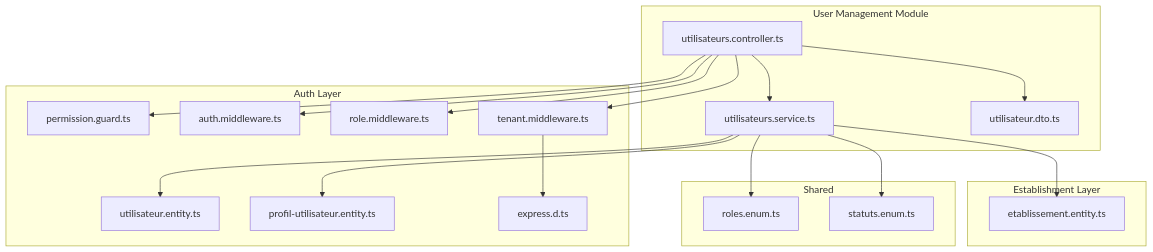
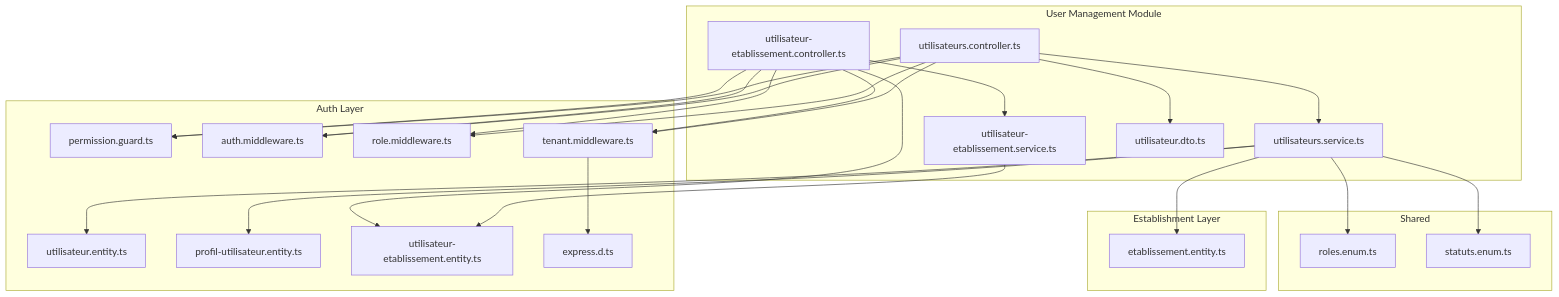
One commit to franckylab/eLISAschool changed the first of 8 diagrams in .qoder/repowiki/en/content/Backend API Documentation/User Management API.md. Above: the diagram before and after it, drawn with Mermaid. The commit also changed other lines of this file and 75 other files, not shown here.

````diff
--- a/.qoder/repowiki/en/content/Backend API Documentation/User Management API.md
+++ b/.qoder/repowiki/en/content/Backend API Documentation/User Management API.md
@@ -51,36 +56,46 @@
 ```mermaid
 graph TB
 subgraph "User Management Module"
 C["utilisateurs.controller.ts"]
+UEC["utilisateur-etablissement.controller.ts"]
 S["utilisateurs.service.ts"]
+UES["utilisateur-etablissement.service.ts"]
 D["utilisateur.dto.ts"]
 end
 subgraph "Auth Layer"
 U["utilisateur.entity.ts"]
 P["profil-utilisateur.entity.ts"]
+UE["utilisateur-etablissement.entity.ts"]
 G["permission.guard.ts"]
 M1["auth.middleware.ts"]
 M2["role.middleware.ts"]
 TM["tenant.middleware.ts"]
 ED["express.d.ts"]
 end
 subgraph "Establishment Layer"
 E["etablissement.entity.ts"]
 end
 subgraph "Shared"
 R["roles.enum.ts"]
 ST["statuts.enum.ts"]
 end
 C --> S
+UEC --> UES
 S --> U
 S --> P
+UES --> UE
 S --> E
+UEC --> UE
 C --> D
 C --> G
 C --> M1
 C --> M2
 C --> TM
+UEC --> G
+UEC --> M1
+UEC --> M2
+UEC --> TM
 S --> R
 S --> ST
 TM --> ED
 ```
````
